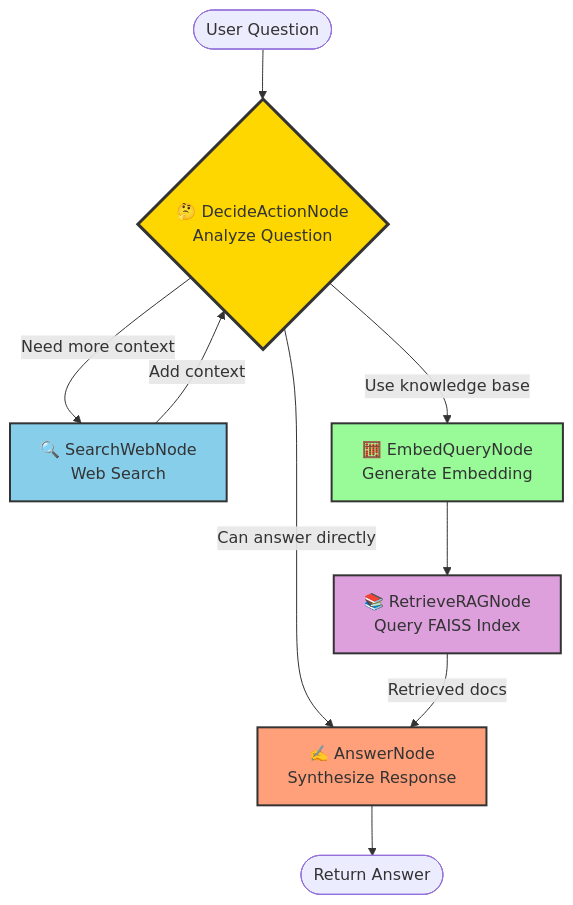
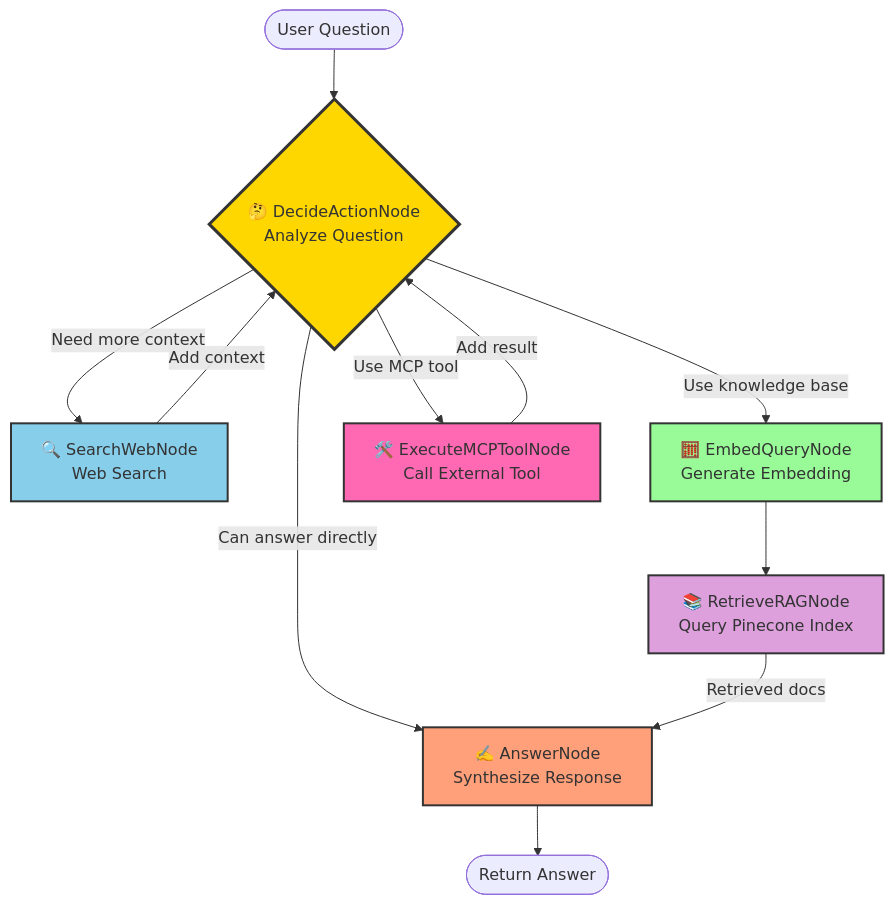
One commit to Clemboutier/MainAgent changed the second of 6 diagrams in ARCHITECTURE.md. Above: the diagram before and after it, drawn with Mermaid. The commit also changed other lines of this file, not shown here.

First line of the commit message:
Revise Arch Doc to add Pinecone and MCP tools

````diff
--- a/ARCHITECTURE.md
+++ b/ARCHITECTURE.md
@@ -58,21 +67,24 @@
 ```mermaid
 flowchart TD
     Start([User Question]) --> Decide{🤔 DecideActionNode<br/>Analyze Question}
     
     Decide -->|Need more context| Search[🔍 SearchWebNode<br/>Web Search]
     Decide -->|Use knowledge base| Embed[🧮 EmbedQueryNode<br/>Generate Embedding]
+    Decide -->|Use MCP tool| ExecuteTool[🛠️ ExecuteMCPToolNode<br/>Call External Tool]
     Decide -->|Can answer directly| Answer[✍️ AnswerNode<br/>Synthesize Response]
     
     Search -->|Add context| Decide
+    ExecuteTool -->|Add result| Decide
     
-    Embed --> Retrieve[📚 RetrieveRAGNode<br/>Query FAISS Index]
+    Embed --> Retrieve[📚 RetrieveRAGNode<br/>Query Pinecone Index]
     Retrieve -->|Retrieved docs| Answer
     
     Answer --> End([Return Answer])
     
     style Decide fill:#ffd700,stroke:#333,stroke-width:3px
     style Search fill:#87ceeb,stroke:#333,stroke-width:2px
     style Embed fill:#98fb98,stroke:#333,stroke-width:2px
     style Retrieve fill:#dda0dd,stroke:#333,stroke-width:2px
+    style ExecuteTool fill:#ff69b4,stroke:#333,stroke-width:2px
     style Answer fill:#ffa07a,stroke:#333,stroke-width:2px
 ```
````
